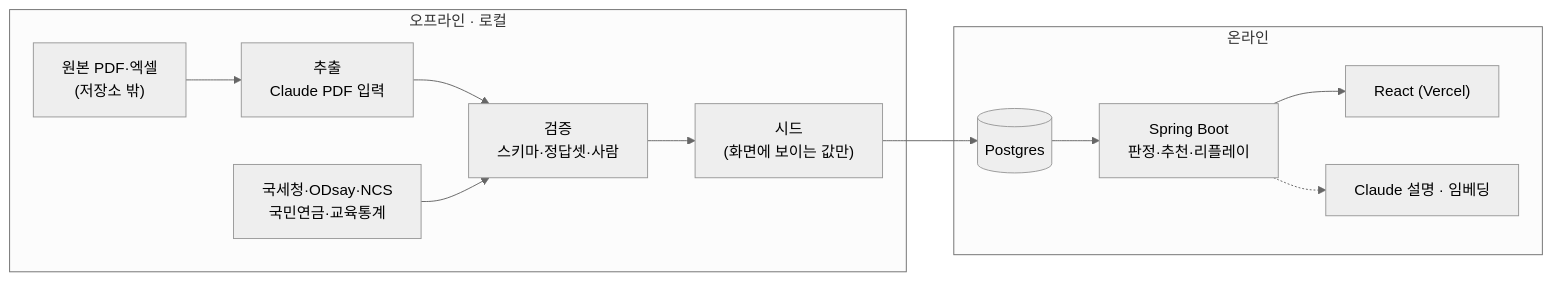
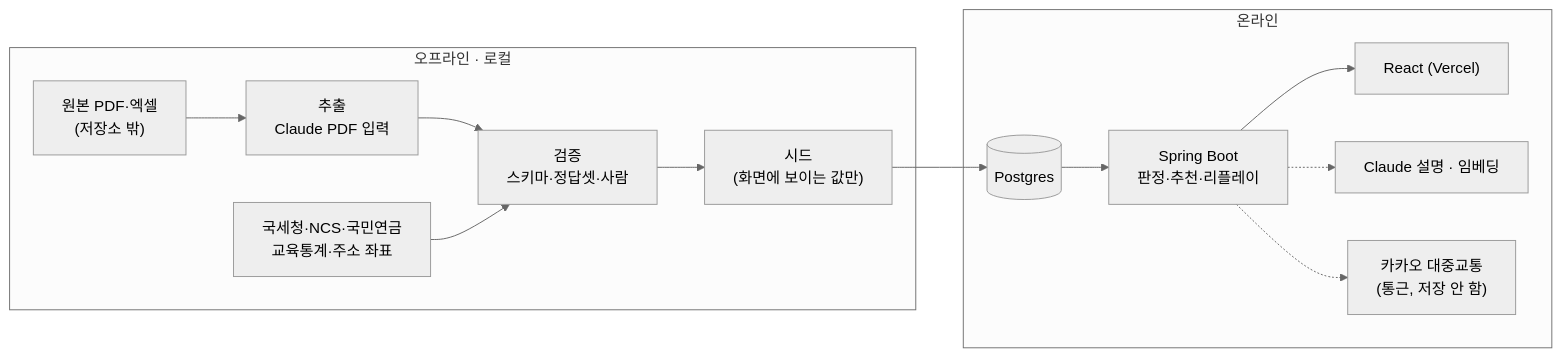
Before and after one commit to skuniv-team11/Backend: the diagram in docs/architecture.md, drawn with Mermaid (neutral theme). The commit also changed other lines of this file and 10 other files, not shown here.

````diff
--- a/docs/architecture.md
+++ b/docs/architecture.md
@@ -9,15 +9,16 @@
 ```mermaid
 flowchart LR
   subgraph OFF["오프라인 · 로컬"]
     R["원본 PDF·엑셀<br>(저장소 밖)"] --> X["추출<br>Claude PDF 입력"]
     X --> V["검증<br>스키마·정답셋·사람"]
-    P["국세청·ODsay·NCS<br>국민연금·교육통계"] --> V
+    P["국세청·NCS·국민연금<br>교육통계·주소 좌표"] --> V
     V --> S["시드<br>(화면에 보이는 값만)"]
   end
   subgraph ON["온라인"]
     S --> DB[("Postgres")]
     DB --> API["Spring Boot<br>판정·추천·리플레이"]
     API --> FE["React (Vercel)"]
     API -.-> C["Claude 설명 · 임베딩"]
+    API -.-> K["카카오 대중교통<br>(통근, 저장 안 함)"]
   end
 ```
````
